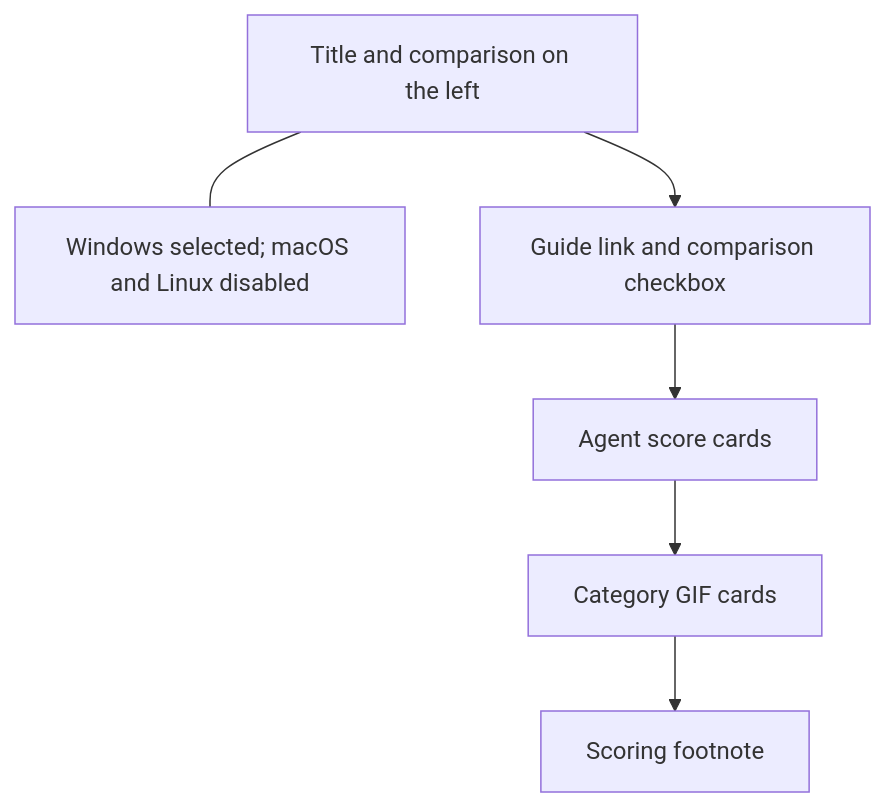
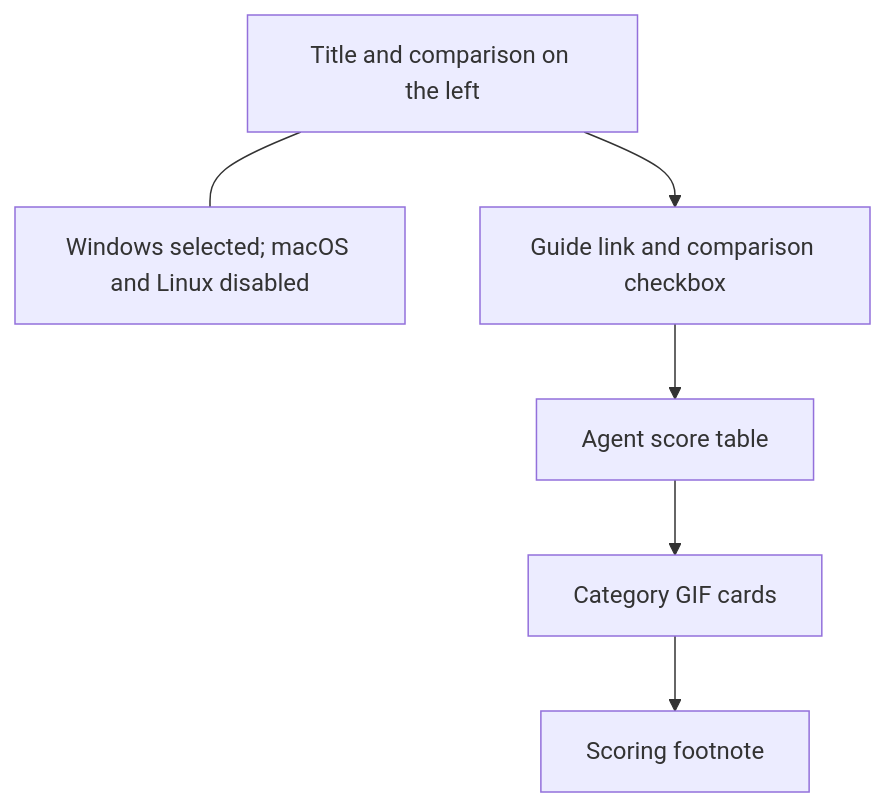
The second of 3 diagrams in docs/evaluation-overview.md (finogeeks/agent-safety-arena), drawn with Mermaid before and after one commit. The commit also changed other lines of this file and 12 other files, not shown here.

````diff
--- a/docs/evaluation-overview.md
+++ b/docs/evaluation-overview.md
@@ -100,11 +101,11 @@
 ```mermaid
 flowchart TD
   T[Title and comparison on the left]
   O[Windows selected; macOS and Linux disabled]
   G[Guide link and comparison checkbox]
-  S[Agent score cards]
+  S[Agent score table]
   M[Category GIF cards]
   F[Scoring footnote]
   T --- O
   T --> G --> S --> M --> F
 ```
````
